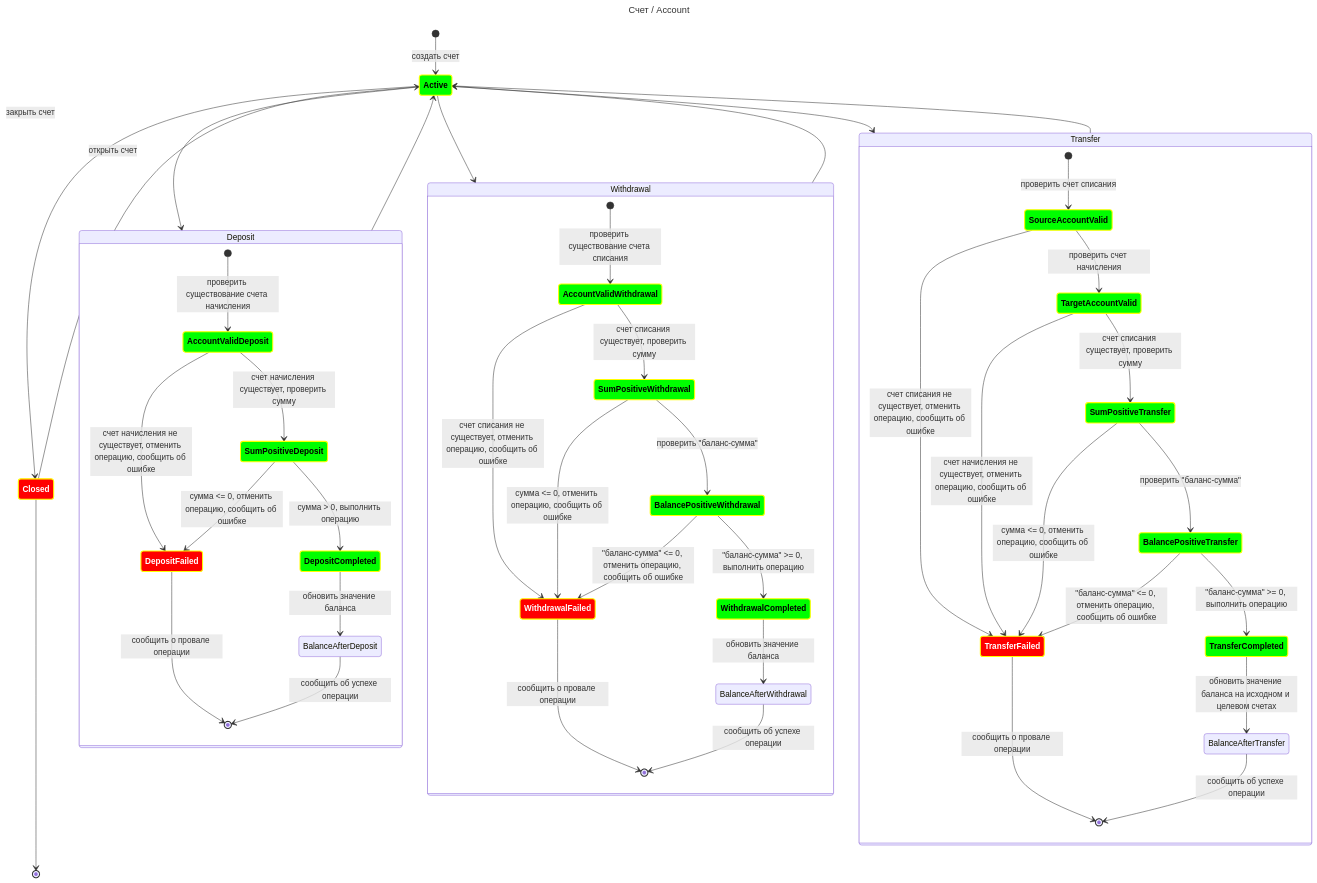
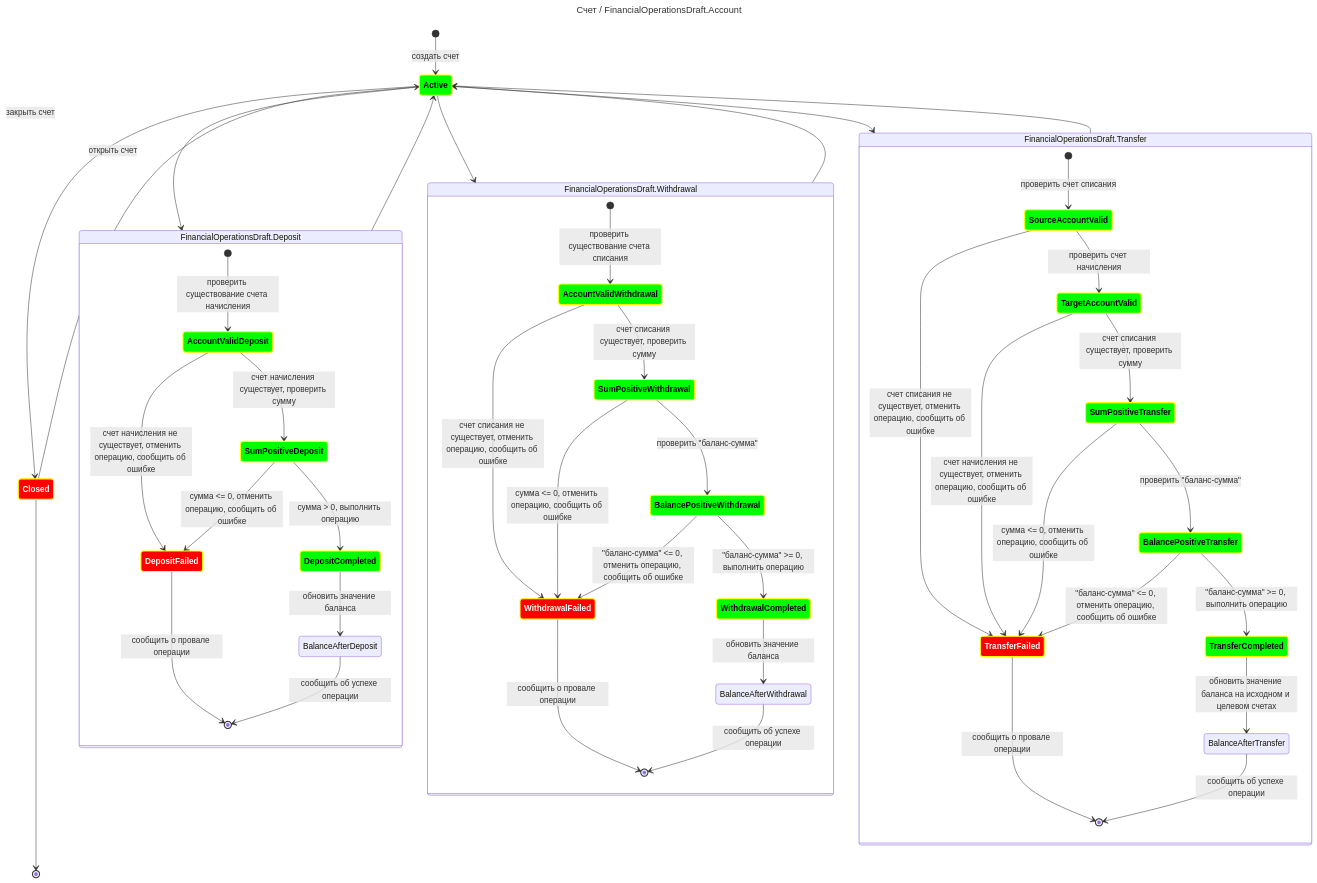
The diagram in java_basics/oopJava/docs/uml/state-diagram-financial-entities.md (Nokhrin/silly_bus), drawn with Mermaid before and after one commit. The commit also changed 23 other files, not shown here.

````diff
--- a/java_basics/oopJava/docs/uml/state-diagram-financial-entities.md
+++ b/java_basics/oopJava/docs/uml/state-diagram-financial-entities.md
@@ -1,6 +1,6 @@
 ```mermaid
 ---
-title: Счет / Account
+title: Счет / FinancialOperationsDraft.Account
 ---
 
 stateDiagram-v2
@@ -13,10 +13,10 @@
     Closed --> Active : открыть счет
 
     %% Пополнение
-    Active --> Deposit
+    Active --> FinancialOperationsDraft.Deposit
 
     
-    state Deposit {
+    state FinancialOperationsDraft.Deposit {
         [*] --> AccountValidDeposit : проверить существование счета начисления
         AccountValidDeposit --> DepositFailed : счет начисления не существует, отменить операцию, сообщить об ошибке
 
@@ -29,15 +29,15 @@
 
         DepositFailed --> [*] : сообщить о провале операции
     }
-    Deposit --> Active
+    FinancialOperationsDraft.Deposit --> Active
 
 
     %% Снятие
-    Active --> Withdrawal
+    Active --> FinancialOperationsDraft.Withdrawal
     
 
     
-    state Withdrawal {
+    state FinancialOperationsDraft.Withdrawal {
         [*] --> AccountValidWithdrawal : проверить существование счета списания
         AccountValidWithdrawal --> WithdrawalFailed : счет списания не существует, отменить операцию, сообщить об ошибке
 
@@ -53,13 +53,13 @@
 
         WithdrawalFailed --> [*] : сообщить о провале операции
     }
-    Withdrawal --> Active
+    FinancialOperationsDraft.Withdrawal --> Active
 
 
     %% Перевод
-    Active --> Transfer
+    Active --> FinancialOperationsDraft.Transfer
     
-    state Transfer {
+    state FinancialOperationsDraft.Transfer {
 
         [*] --> SourceAccountValid : проверить счет списания
         SourceAccountValid --> TransferFailed : счет списания не существует, отменить операцию, сообщить об ошибке
@@ -81,7 +81,7 @@
         TransferFailed --> [*] : сообщить о провале операции
 
     }
-    Transfer --> Active
+    FinancialOperationsDraft.Transfer --> Active
 
 
     %% Стили
````
